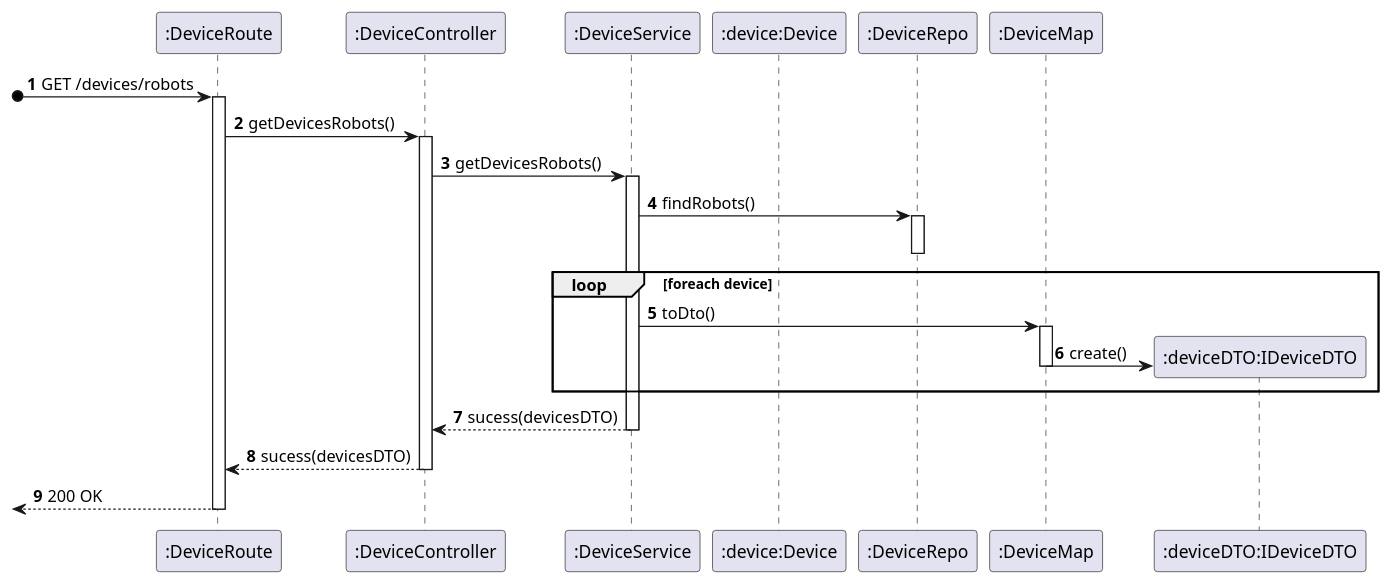
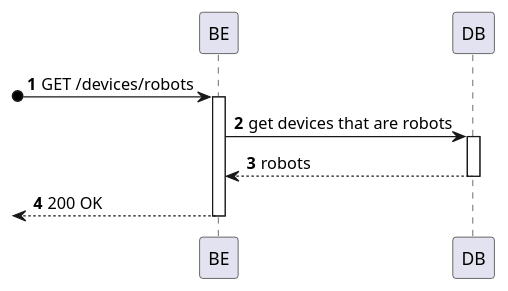
The diagram in _wiki/sprint-a/us21-380/views/level-3/process-view.puml (miseEnPlace-dev/lapr5), drawn with PlantUML before and after one commit. The commit also changed 11 other files, not shown here.

Commit message:
docs: updated level-3 diagrams

```diff
--- a/_wiki/sprint-a/us21-380/views/level-3/process-view.puml
+++ b/_wiki/sprint-a/us21-380/views/level-3/process-view.puml
@@ -1,34 +1,18 @@
 @startuml process-view
 autonumber
-participant ROUTE as ":DeviceRoute"
-participant CTRL as ":DeviceController"
-participant SRV as ":DeviceService"
-participant BUILD as ":device:Device"
-participant REPO as ":DeviceRepo"
-participant MAP as ":DeviceMap"
-participant DTO as ":deviceDTO:IDeviceDTO"
+participant BE as "BE"
+participant DB as "DB"
 
-?o-> ROUTE : GET /devices/robots
-activate ROUTE
+?o-> BE : GET /devices/robots
+activate BE
 
-ROUTE -> CTRL : getDevicesRobots()
-activate CTRL
-CTRL -> SRV : getDevicesRobots()
-activate SRV
-SRV-> REPO : findRobots()
-activate REPO
-deactivate REPO
-  loop foreach device
-    SRV -> MAP : toDto()
-    activate MAP
-    MAP -> DTO** : create()
-    deactivate MAP
-  end
-SRV --> CTRL : sucess(devicesDTO)
-deactivate SRV
-CTRL --> ROUTE : sucess(devicesDTO)
-deactivate CTRL
-<-- ROUTE : 200 OK
-deactivate ROUTE
+BE -> DB : get devices that are robots
+activate DB
+
+DB --> BE : robots
+deactivate DB
+
+<-- BE : 200 OK
+deactivate BE
 
 @enduml
```
